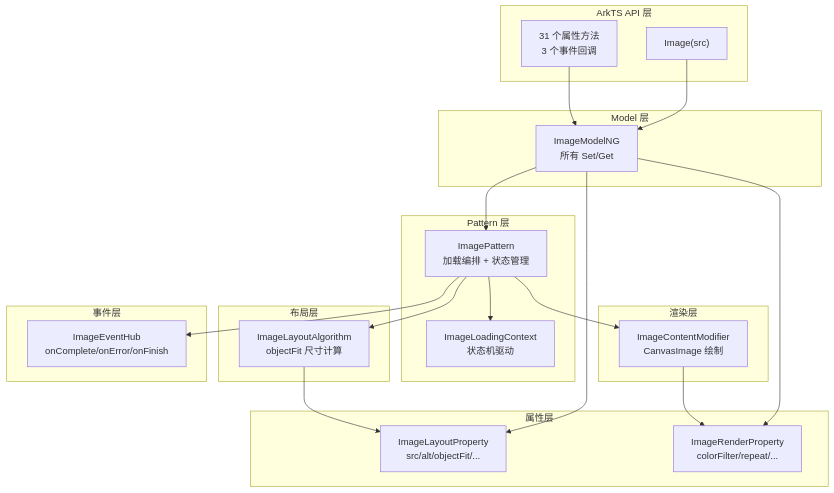
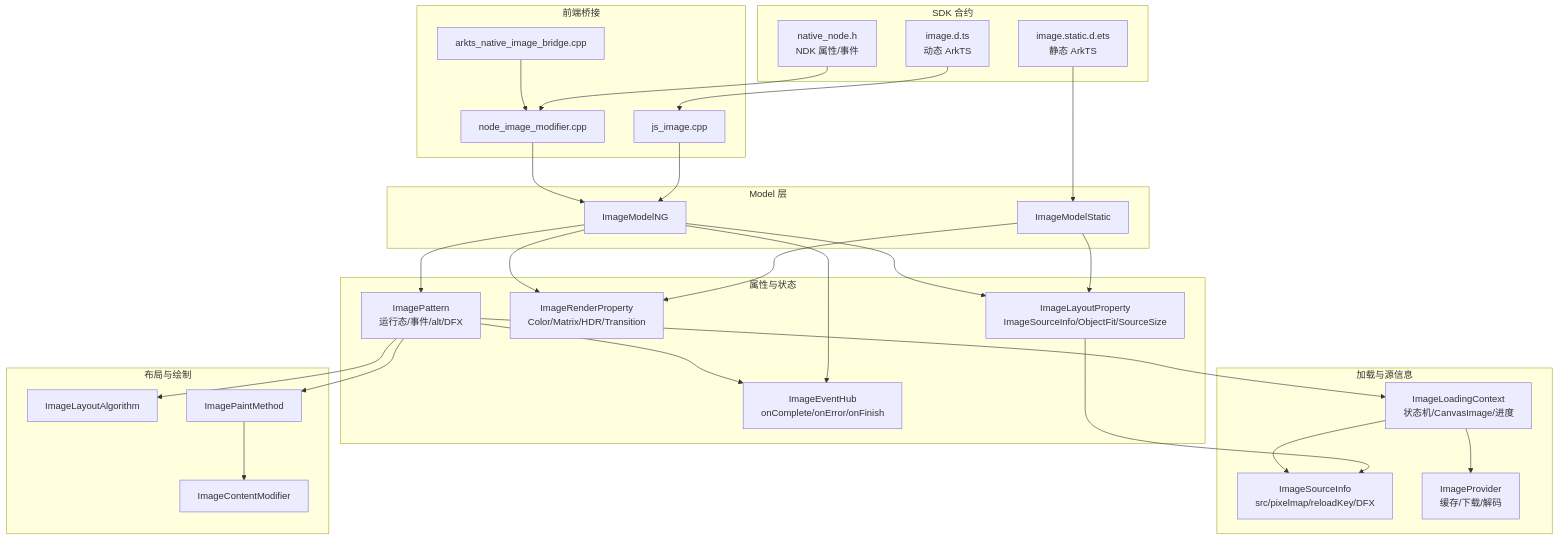
The first of 2 diagrams in 05-ui-components/08-image-components/01-image/design.md (cleeshark/arkui_specs), drawn with Mermaid before and after one commit. The commit also changed other lines of this file and 14 other files, not shown here.

````diff
--- a/05-ui-components/08-image-components/01-image/design.md
+++ b/05-ui-components/08-image-components/01-image/design.md
@@ -171,38 +192,53 @@
 ```mermaid
 graph TB
-    subgraph API["ArkTS API 层"]
-        IMG["Image(src)"]
-        ATTR["31 个属性方法<br/>3 个事件回调"]
+    subgraph SDK["SDK 合约"]
+        DTS["image.d.ts<br/>动态 ArkTS"]
+        SDTS["image.static.d.ets<br/>静态 ArkTS"]
+        CAPI["native_node.h<br/>NDK 属性/事件"]
+    end
+    subgraph Bridge["前端桥接"]
+        JSIMG["js_image.cpp"]
+        ARKBR["arkts_native_image_bridge.cpp"]
+        NODEMOD["node_image_modifier.cpp"]
     end
     subgraph Model["Model 层"]
-        IMNG["ImageModelNG<br/>所有 Set/Get"]
+        IMNG["ImageModelNG"]
+        IMSTATIC["ImageModelStatic"]
     end
-    subgraph Pattern["Pattern 层"]
-        IP["ImagePattern<br/>加载编排 + 状态管理"]
-        ILC["ImageLoadingContext<br/>状态机驱动"]
-    end
-    subgraph Property["属性层"]
-        ILP["ImageLayoutProperty<br/>src/alt/objectFit/..."]
-        IRP["ImageRenderProperty<br/>colorFilter/repeat/..."]
-    end
-    subgraph Layout["布局层"]
-        ILA["ImageLayoutAlgorithm<br/>objectFit 尺寸计算"]
-    end
-    subgraph Render["渲染层"]
-        ICM["ImageContentModifier<br/>CanvasImage 绘制"]
-    end
-    subgraph Events["事件层"]
+    subgraph State["属性与状态"]
+        ILP["ImageLayoutProperty<br/>ImageSourceInfo/ObjectFit/SourceSize"]
+        IRP["ImageRenderProperty<br/>Color/Matrix/HDR/Transition"]
+        IP["ImagePattern<br/>运行态/事件/alt/DFX"]
         IEH["ImageEventHub<br/>onComplete/onError/onFinish"]
     end
-    IMG --> IMNG
-    ATTR --> IMNG
+    subgraph Loading["加载与源信息"]
+        ISI["ImageSourceInfo<br/>src/pixelmap/reloadKey/DFX"]
+        ILC["ImageLoadingContext<br/>状态机/CanvasImage/进度"]
+        IPROV["ImageProvider<br/>缓存/下载/解码"]
+    end
+    subgraph Render["布局与绘制"]
+        ILA["ImageLayoutAlgorithm"]
+        IPM["ImagePaintMethod"]
+        ICM["ImageContentModifier"]
+    end
+    DTS --> JSIMG
+    SDTS --> IMSTATIC
+    CAPI --> NODEMOD
+    JSIMG --> IMNG
+    ARKBR --> NODEMOD
+    NODEMOD --> IMNG
+    IMSTATIC --> ILP
+    IMSTATIC --> IRP
     IMNG --> ILP
     IMNG --> IRP
     IMNG --> IP
+    IMNG --> IEH
     IP --> ILC
+    IP --> IEH
+    ILP --> ISI
+    ILC --> ISI
+    ILC --> IPROV
     IP --> ILA
-    IP --> ICM
-    IP --> IEH
-    ILA --> ILP
-    ICM --> IRP
+    IP --> IPM
+    IPM --> ICM
 ```
````
